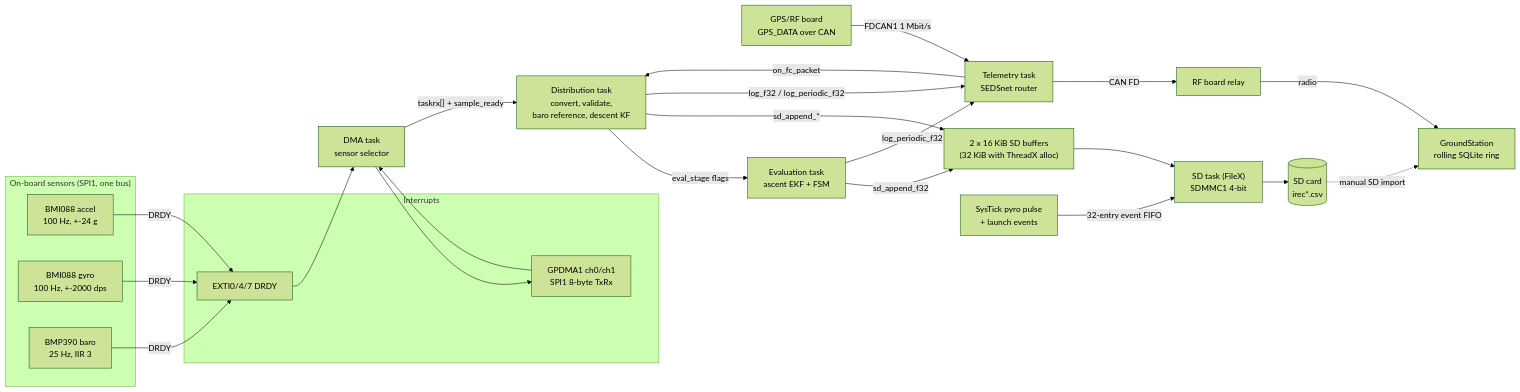
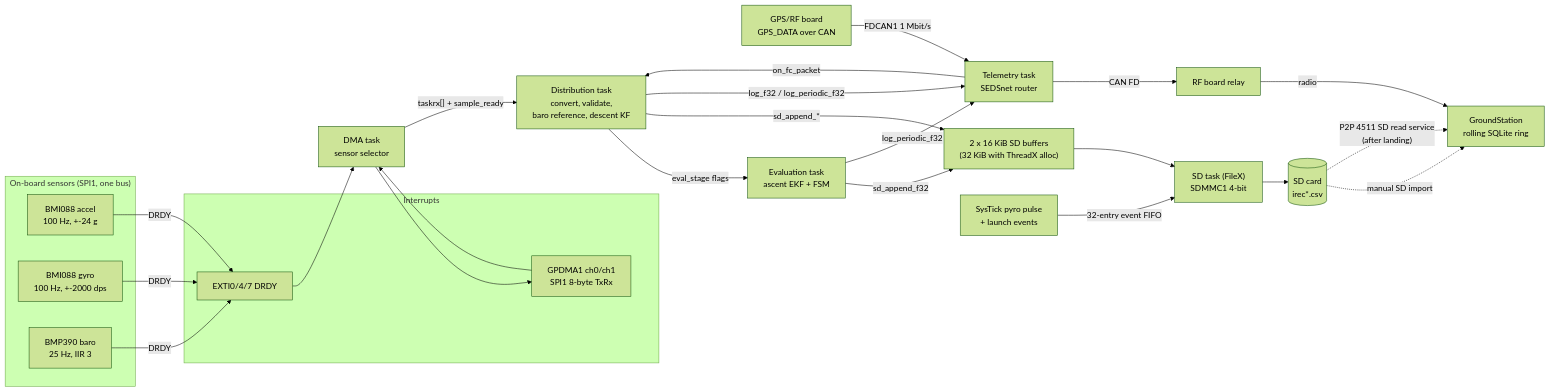
Before and after one commit to University-at-Buffalo-SEDS/FlightComputer26: the first of 3 diagrams in docs/data-pipeline.md, drawn with Mermaid (forest theme). The commit also changed other lines of this file and 11 other files, not shown here.

First line of the commit message:
Serve the SD card read-only over SEDSnet P2P port 4511 after landing

````diff
--- a/docs/data-pipeline.md
+++ b/docs/data-pipeline.md
@@ -16,28 +16,29 @@
 ```mermaid
 flowchart LR
   subgraph Sensors["On-board sensors (SPI1, one bus)"]
     ACC["BMI088 accel<br/>100 Hz, +-24 g"]
     GYR["BMI088 gyro<br/>100 Hz, +-2000 dps"]
     BAR["BMP390 baro<br/>25 Hz, IIR 3"]
   end
   GPSB["GPS/RF board<br/>GPS_DATA over CAN"]
   subgraph ISR["Interrupts"]
     EXTI["EXTI0/4/7 DRDY"]
     DMA["GPDMA1 ch0/ch1<br/>SPI1 8-byte TxRx"]
   end
   ACC & GYR & BAR -- DRDY --> EXTI
   EXTI --> DMAT["DMA task<br/>sensor selector"]
   DMAT --> DMA --> DMAT
   DMAT -- "taskrx[] + sample_ready" --> DIST["Distribution task<br/>convert, validate,<br/>baro reference, descent KF"]
   GPSB -- "FDCAN1 1 Mbit/s" --> TLM["Telemetry task<br/>SEDSnet router"]
   TLM -- "on_fc_packet" --> DIST
   DIST -- "eval_stage flags" --> EVAL["Evaluation task<br/>ascent EKF + FSM"]
   DIST -- "sd_append_*" --> SDB["2 x 16 KiB SD buffers<br/>(32 KiB with ThreadX alloc)"]
   EVAL -- "sd_append_f32" --> SDB
   PYRO["SysTick pyro pulse<br/>+ launch events"] -- "32-entry event FIFO" --> SDT
   SDB --> SDT["SD task (FileX)<br/>SDMMC1 4-bit"] --> CARD[("SD card<br/>irec*.csv")]
   DIST -- "log_f32 / log_periodic_f32" --> TLM
   EVAL -- "log_periodic_f32" --> TLM
   TLM -- "CAN FD" --> RF["RF board relay"] -- radio --> GS["GroundStation<br/>rolling SQLite ring"]
   CARD -. "manual SD import" .-> GS
+  CARD -. "P2P 4511 SD read service<br/>(after landing)" .-> GS
 ```
````
